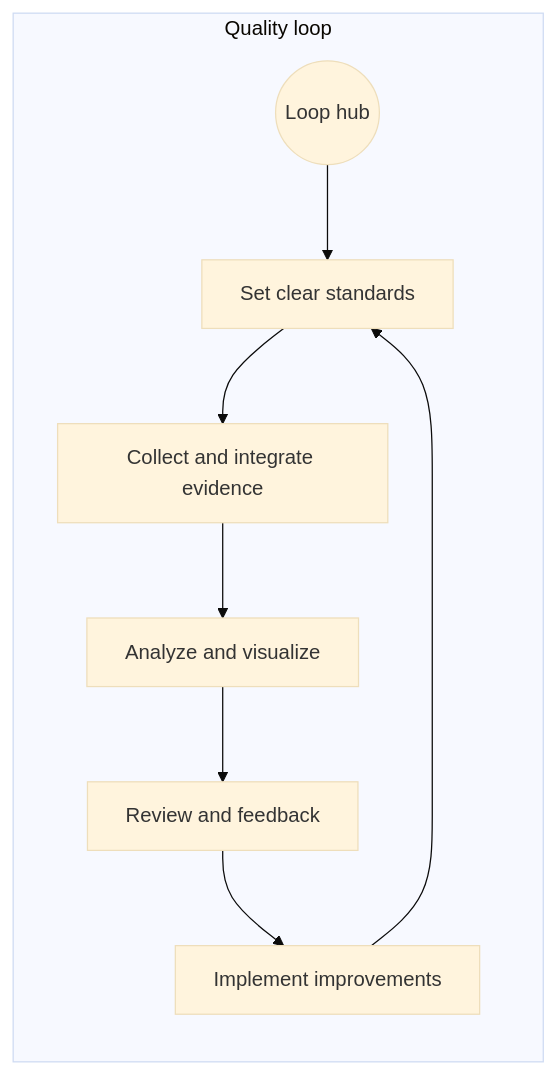
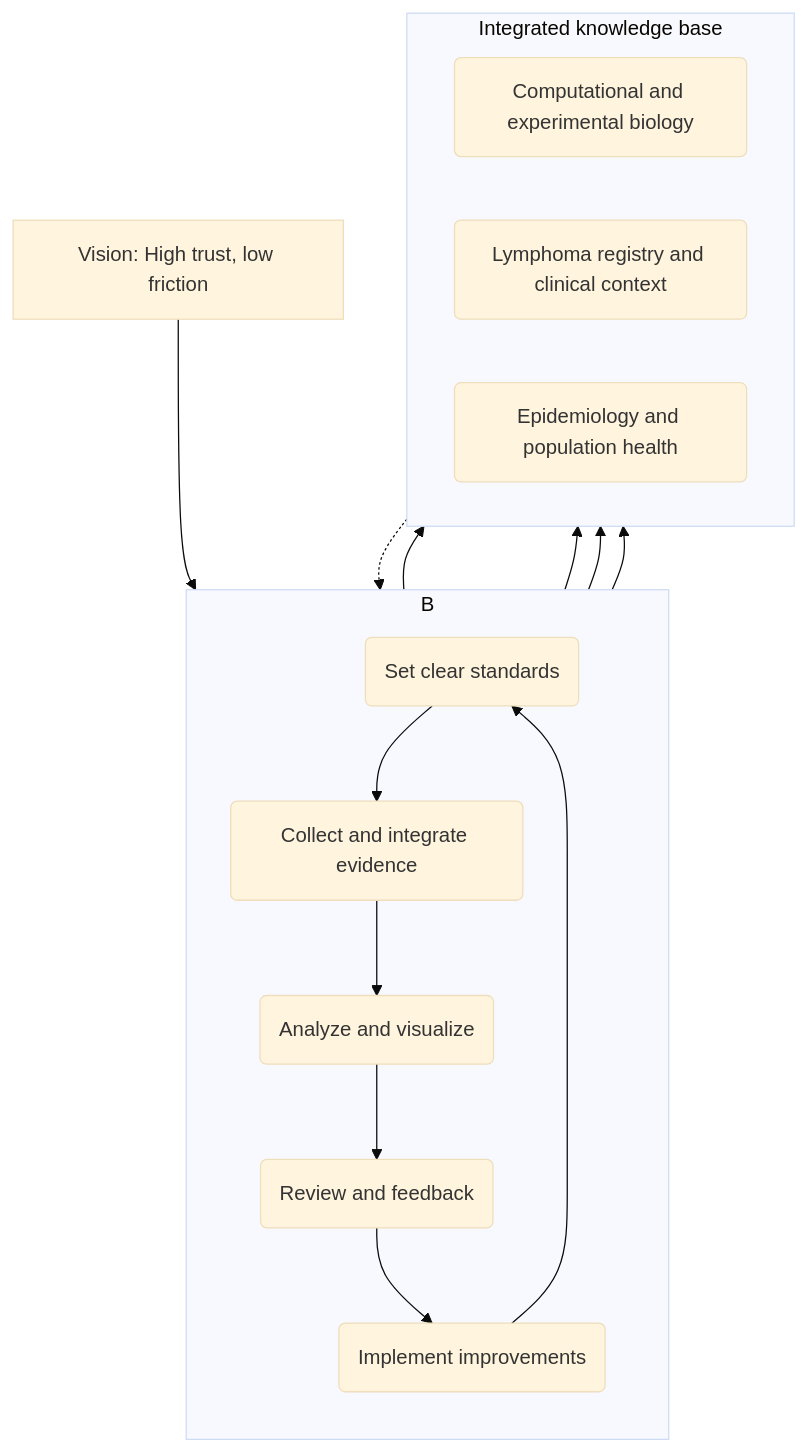
Before and after one commit to arshah18/arshah18.github.io: the diagram in index.md, drawn with Mermaid (base theme).

Commit message:
Work flow test2; ensure Mermaid loads

```diff
--- a/index.md
+++ b/index.md
@@ -76,14 +76,31 @@
 <div class="mermaid">
 flowchart TD
-  subgraph Q["Quality loop"]
+  A["Vision: High trust, low friction"] --> B["Quality loop"]
+
+  subgraph B
     direction TB
-    Q0((Loop hub))
-    S[Set clear standards]
-    C[Collect and integrate evidence]
-    V[Analyze and visualize]
-    R[Review and feedback]
-    I[Implement improvements]
-    Q0 --> S
-    S --> C --> V --> R --> I --> S
+    ST("Set clear standards")
+    CE("Collect and integrate evidence")
+    AN("Analyze and visualize")
+    RV("Review and feedback")
+    IM("Implement improvements")
+    ST --> CE
+    CE --> AN
+    AN --> RV
+    RV --> IM
+    IM --> ST
   end
+
+  subgraph K["Integrated knowledge base"]
+    direction LR
+    KB1("Computational and experimental biology")
+    KB2("Lymphoma registry and clinical context")
+    KB3("Epidemiology and population health")
+  end
+
+  K -.-> B
+  CE --> KB1
+  AN --> KB1
+  AN --> KB2
+  CE --> KB3
 </div>
```
